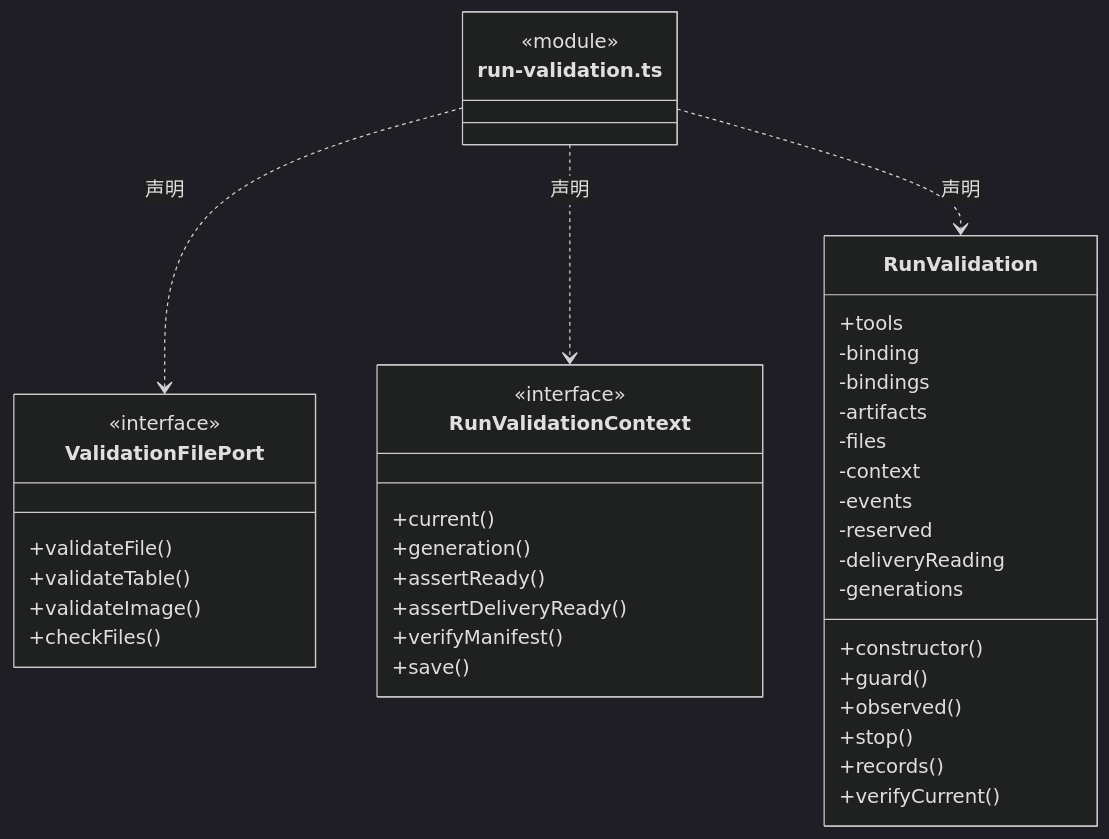
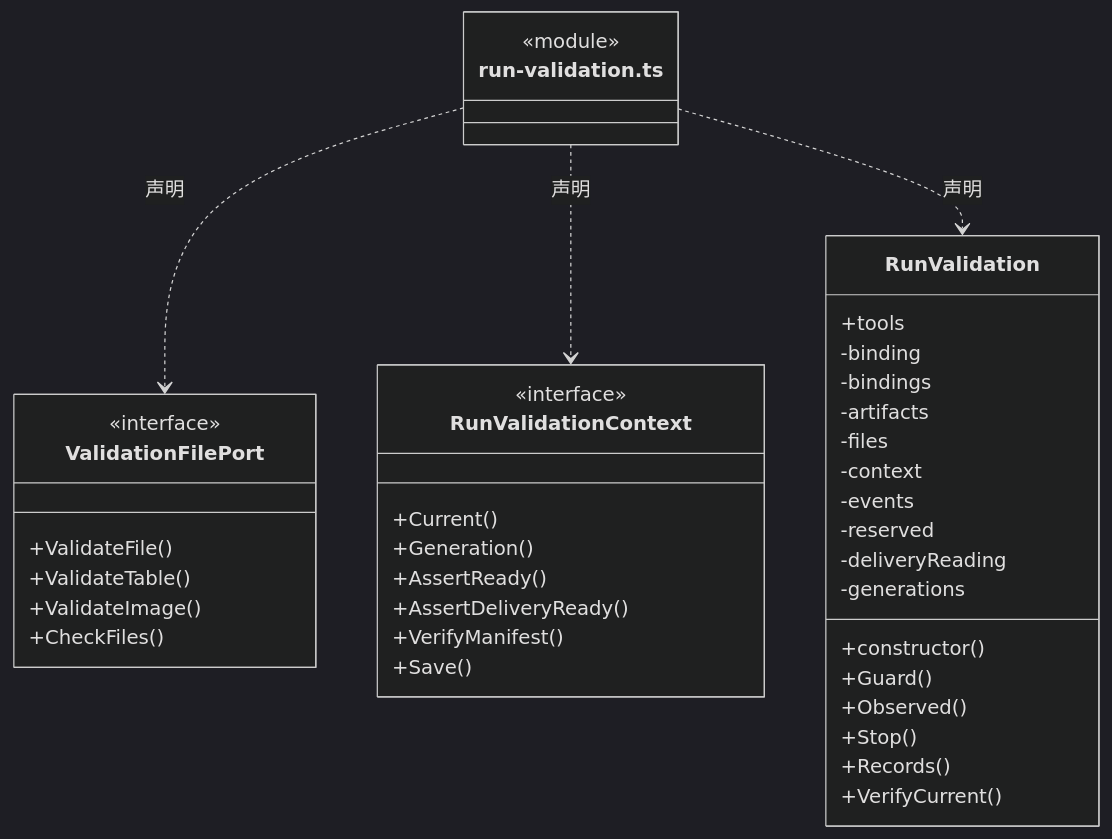
One commit to nan023062/cbim changed diagram 15 of 18 in src/logic/execution/rules/capabilities/ARCHITECTURE.md. Above: the diagram before and after it, drawn with Mermaid (dark theme). The commit also changed other lines of this file and 1035 other files, not shown here.

````diff
--- a/src/logic/execution/rules/capabilities/ARCHITECTURE.md
+++ b/src/logic/execution/rules/capabilities/ARCHITECTURE.md
@@ -399,43 +399,43 @@
 ```mermaid
 classDiagram
 class N_src_logic_execution_rules_capabilities_run_validation_ts["run-validation.ts"] {
   <<module>>
 }
 class N_src_logic_execution_rules_capabilities_run_validation_ts_ValidationFilePort["ValidationFilePort"] {
   <<interface>>
-  +validateFile()
-  +validateTable()
-  +validateImage()
-  +checkFiles()
+  +ValidateFile()
+  +ValidateTable()
+  +ValidateImage()
+  +CheckFiles()
 }
 N_src_logic_execution_rules_capabilities_run_validation_ts ..> N_src_logic_execution_rules_capabilities_run_validation_ts_ValidationFilePort : 声明
 class N_src_logic_execution_rules_capabilities_run_validation_ts_RunValidationContext["RunValidationContext"] {
   <<interface>>
-  +current()
-  +generation()
-  +assertReady()
-  +assertDeliveryReady()
-  +verifyManifest()
-  +save()
+  +Current()
+  +Generation()
+  +AssertReady()
+  +AssertDeliveryReady()
+  +VerifyManifest()
+  +Save()
 }
 N_src_logic_execution_rules_capabilities_run_validation_ts ..> N_src_logic_execution_rules_capabilities_run_validation_ts_RunValidationContext : 声明
 class N_src_logic_execution_rules_capabilities_run_validation_ts_RunValidation["RunValidation"] {
   +tools
   +constructor()
-  +guard()
-  +observed()
-  +stop()
-  +records()
-  +verifyCurrent()
+  +Guard()
+  +Observed()
+  +Stop()
+  +Records()
+  +VerifyCurrent()
   -binding
   -bindings
   -artifacts
   -files
   -context
   -events
   -reserved
   -deliveryReading
   -generations
 }
 N_src_logic_execution_rules_capabilities_run_validation_ts ..> N_src_logic_execution_rules_capabilities_run_validation_ts_RunValidation : 声明
 ```
````
